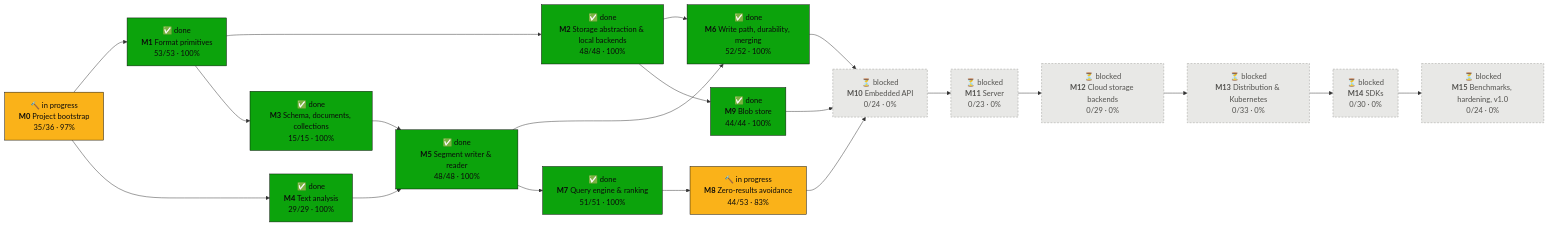
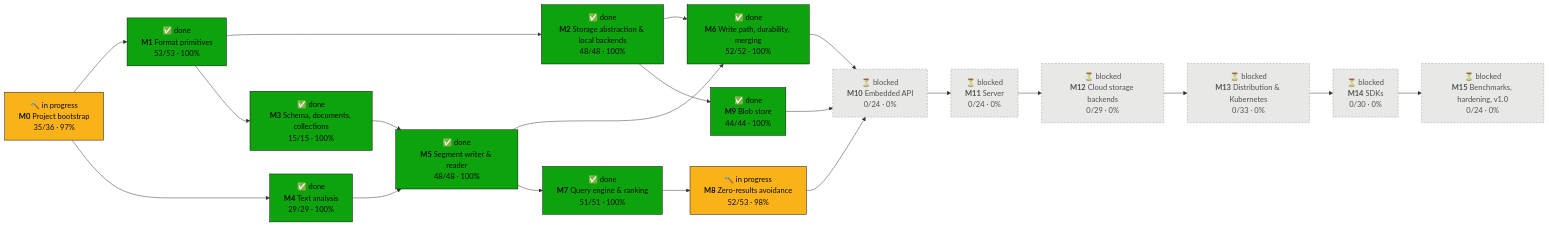
The first of 2 diagrams in PROGRESS.md (tomiok/persiaDB), drawn with Mermaid before and after one commit. The commit also changed other lines of this file and 39 other files, not shown here.

First line of the commit message:
Relaxation quality: L3 bound, L1 cache, metrics, synthetic gate and tuning guide (ROADMAP 8.1.16, 8.1.20, 8.1.27, 8.3.3, 8.4.1–8.4.4) (#123)

````diff
--- a/PROGRESS.md
+++ b/PROGRESS.md
@@ -16,42 +16,42 @@
 ```mermaid
 flowchart LR
   M0["🔨 in progress<br/><b>M0</b> Project bootstrap<br/>35/36 · 97%"]:::doing
   M1["✅ done<br/><b>M1</b> Format primitives<br/>53/53 · 100%"]:::done
   M2["✅ done<br/><b>M2</b> Storage abstraction & local backends<br/>48/48 · 100%"]:::done
   M3["✅ done<br/><b>M3</b> Schema, documents, collections<br/>15/15 · 100%"]:::done
   M4["✅ done<br/><b>M4</b> Text analysis<br/>29/29 · 100%"]:::done
   M5["✅ done<br/><b>M5</b> Segment writer & reader<br/>48/48 · 100%"]:::done
   M6["✅ done<br/><b>M6</b> Write path, durability, merging<br/>52/52 · 100%"]:::done
   M7["✅ done<br/><b>M7</b> Query engine & ranking<br/>51/51 · 100%"]:::done
-  M8["🔨 in progress<br/><b>M8</b> Zero-results avoidance<br/>44/53 · 83%"]:::doing
+  M8["🔨 in progress<br/><b>M8</b> Zero-results avoidance<br/>52/53 · 98%"]:::doing
   M9["✅ done<br/><b>M9</b> Blob store<br/>44/44 · 100%"]:::done
   M10["⏳ blocked<br/><b>M10</b> Embedded API<br/>0/24 · 0%"]:::blocked
-  M11["⏳ blocked<br/><b>M11</b> Server<br/>0/23 · 0%"]:::blocked
+  M11["⏳ blocked<br/><b>M11</b> Server<br/>0/24 · 0%"]:::blocked
   M12["⏳ blocked<br/><b>M12</b> Cloud storage backends<br/>0/29 · 0%"]:::blocked
   M13["⏳ blocked<br/><b>M13</b> Distribution & Kubernetes<br/>0/33 · 0%"]:::blocked
   M14["⏳ blocked<br/><b>M14</b> SDKs<br/>0/30 · 0%"]:::blocked
   M15["⏳ blocked<br/><b>M15</b> Benchmarks, hardening, v1.0<br/>0/24 · 0%"]:::blocked
   M0 --> M1
   M1 --> M2
   M1 --> M3
   M0 --> M4
   M3 --> M5
   M4 --> M5
   M2 --> M6
   M5 --> M6
   M5 --> M7
   M7 --> M8
   M2 --> M9
   M6 --> M10
   M8 --> M10
   M9 --> M10
   M10 --> M11
   M11 --> M12
   M12 --> M13
   M13 --> M14
   M14 --> M15
   classDef done fill:#0ca30c,stroke:#0b0b0b,color:#0b0b0b
   classDef doing fill:#fab219,stroke:#0b0b0b,color:#0b0b0b
   classDef ready fill:#fcfcfb,stroke:#0b0b0b,stroke-width:2px,color:#0b0b0b
   classDef blocked fill:#e8e8e6,stroke:#9a9a96,stroke-dasharray:4 3,color:#52514e
 ```
````
